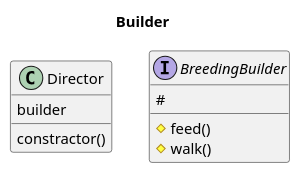
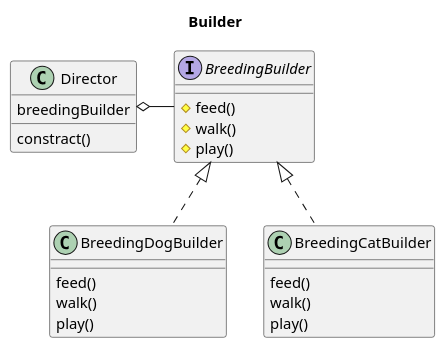
Before and after one commit to MasafumiSekihata/studyDesignPatterns: the fourth of 5 diagrams in designPattern.md, drawn with PlantUML. The commit also changed other lines of this file, not shown here.

````diff
--- a/designPattern.md
+++ b/designPattern.md
@@ -476,15 +478,32 @@
 ```plantuml
 @startuml
 title Builder
 class Director {
-    builder
-    constractor()
+    breedingBuilder
+    constract()
 }
 
 interface BreedingBuilder {
     #feed()
     #walk()
-    #
+    #play()
 }
+
+class BreedingDogBuilder {
+    feed()
+    walk()
+    play()
+}
+
+class BreedingCatBuilder {
+    feed()
+    walk()
+    play()
+}
+
+Director o- BreedingBuilder
+BreedingBuilder <|.. BreedingDogBuilder
+BreedingBuilder <|.. BreedingCatBuilder
+
 @enduml
 ```
````
